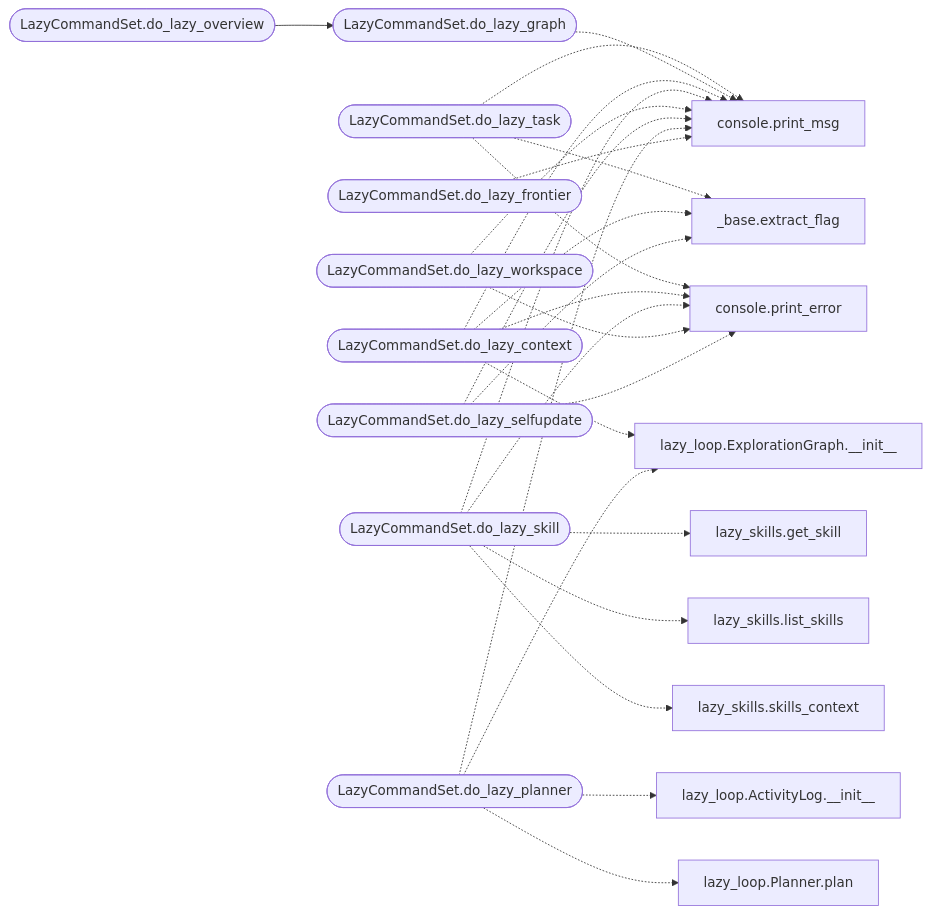
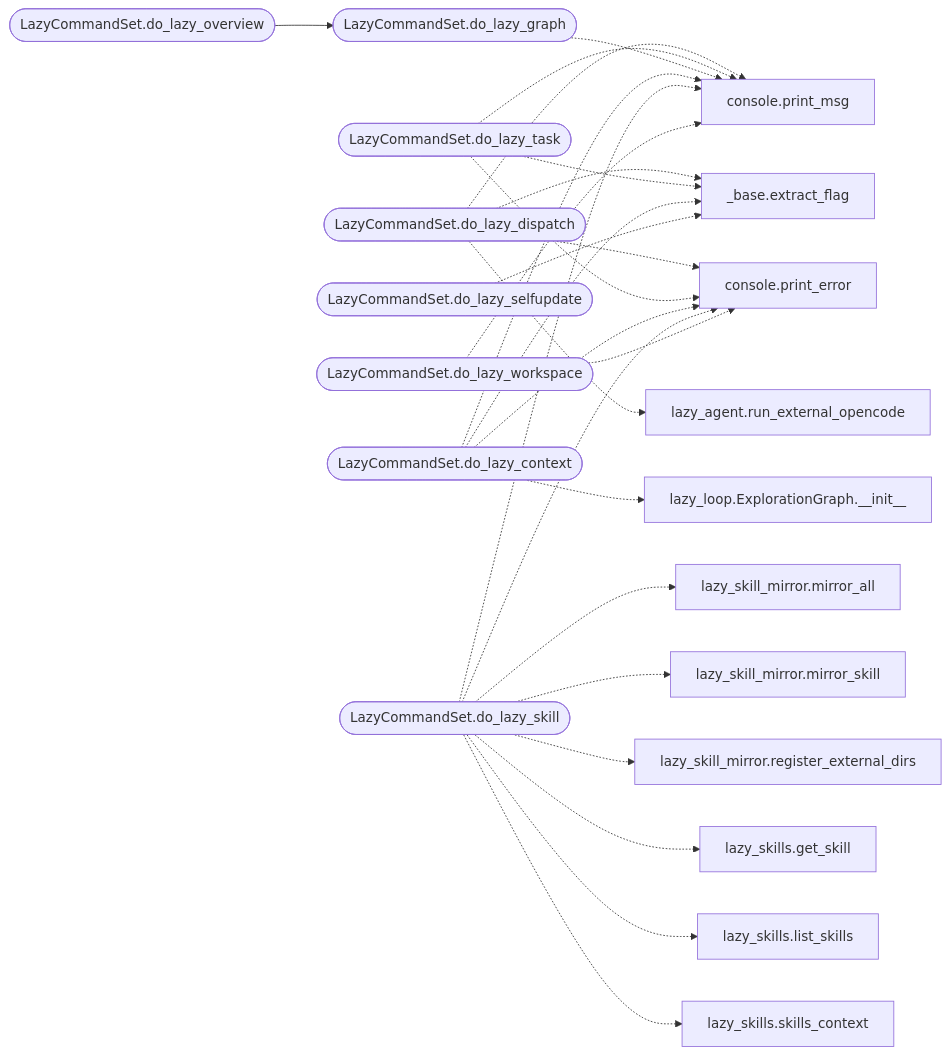
One commit to grisuno/LazyOwn changed the second of 2 diagrams in readmenator-apidocs/modules/cli.commands.lazyops.py.md. Above: the diagram before and after it, drawn with Mermaid. The commit also changed other lines of this file and 325 other files, not shown here.

````diff
--- a/readmenator-apidocs/modules/cli.commands.lazyops.py.md
+++ b/readmenator-apidocs/modules/cli.commands.lazyops.py.md
@@ -61,45 +61,46 @@
 ```mermaid
 flowchart LR
     n_cli_commands_lazyops_py__LazyCommandSet_do_lazy_overview(["LazyCommandSet.do_lazy_overview"])
     n_cli_commands_lazyops_py__LazyCommandSet_do_lazy_graph(["LazyCommandSet.do_lazy_graph"])
-    n_cli_commands_lazyops_py__LazyCommandSet_do_lazy_task(["LazyCommandSet.do_lazy_task"])
+    n_cli_commands_lazyops_py__LazyCommandSet_do_lazy_dispatch(["LazyCommandSet.do_lazy_dispatch"])
     n_cli_commands__base_py__extract_flag["_base.extract_flag"]
     n_core_console_py__print_error["console.print_error"]
     n_core_console_py__print_msg["console.print_msg"]
+    n_modules_lazy_agent_py__run_external_opencode["lazy_agent.run_external_opencode"]
+    n_cli_commands_lazyops_py__LazyCommandSet_do_lazy_task(["LazyCommandSet.do_lazy_task"])
     n_cli_commands_lazyops_py__LazyCommandSet_do_lazy_context(["LazyCommandSet.do_lazy_context"])
     n_modules_lazy_loop_py__ExplorationGraph___init__["lazy_loop.ExplorationGraph.__init__"]
     n_cli_commands_lazyops_py__LazyCommandSet_do_lazy_skill(["LazyCommandSet.do_lazy_skill"])
+    n_modules_lazy_skill_mirror_py__mirror_all["lazy_skill_mirror.mirror_all"]
+    n_modules_lazy_skill_mirror_py__mirror_skill["lazy_skill_mirror.mirror_skill"]
+    n_modules_lazy_skill_mirror_py__register_external_dirs["lazy_skill_mirror.register_external_dirs"]
     n_modules_lazy_skills_py__get_skill["lazy_skills.get_skill"]
     n_modules_lazy_skills_py__list_skills["lazy_skills.list_skills"]
     n_modules_lazy_skills_py__skills_context["lazy_skills.skills_context"]
     n_cli_commands_lazyops_py__LazyCommandSet_do_lazy_workspace(["LazyCommandSet.do_lazy_workspace"])
     n_cli_commands_lazyops_py__LazyCommandSet_do_lazy_selfupdate(["LazyCommandSet.do_lazy_selfupdate"])
-    n_cli_commands_lazyops_py__LazyCommandSet_do_lazy_planner(["LazyCommandSet.do_lazy_planner"])
-    n_modules_lazy_loop_py__ActivityLog___init__["lazy_loop.ActivityLog.__init__"]
-    n_modules_lazy_loop_py__Planner_plan["lazy_loop.Planner.plan"]
-    n_cli_commands_lazyops_py__LazyCommandSet_do_lazy_frontier(["LazyCommandSet.do_lazy_frontier"])
     n_cli_commands_lazyops_py__LazyCommandSet_do_lazy_overview --> n_cli_commands_lazyops_py__LazyCommandSet_do_lazy_graph
+    n_cli_commands_lazyops_py__LazyCommandSet_do_lazy_dispatch -.-> n_cli_commands__base_py__extract_flag
+    n_cli_commands_lazyops_py__LazyCommandSet_do_lazy_dispatch -.-> n_core_console_py__print_error
+    n_cli_commands_lazyops_py__LazyCommandSet_do_lazy_dispatch -.-> n_core_console_py__print_msg
+    n_cli_commands_lazyops_py__LazyCommandSet_do_lazy_dispatch -.-> n_modules_lazy_agent_py__run_external_opencode
     n_cli_commands_lazyops_py__LazyCommandSet_do_lazy_task -.-> n_cli_commands__base_py__extract_flag
     n_cli_commands_lazyops_py__LazyCommandSet_do_lazy_task -.-> n_core_console_py__print_error
     n_cli_commands_lazyops_py__LazyCommandSet_do_lazy_task -.-> n_core_console_py__print_msg
     n_cli_commands_lazyops_py__LazyCommandSet_do_lazy_graph -.-> n_core_console_py__print_msg
     n_cli_commands_lazyops_py__LazyCommandSet_do_lazy_context -.-> n_cli_commands__base_py__extract_flag
     n_cli_commands_lazyops_py__LazyCommandSet_do_lazy_context -.-> n_core_console_py__print_error
     n_cli_commands_lazyops_py__LazyCommandSet_do_lazy_context -.-> n_core_console_py__print_msg
     n_cli_commands_lazyops_py__LazyCommandSet_do_lazy_context -.-> n_modules_lazy_loop_py__ExplorationGraph___init__
     n_cli_commands_lazyops_py__LazyCommandSet_do_lazy_skill -.-> n_core_console_py__print_error
     n_cli_commands_lazyops_py__LazyCommandSet_do_lazy_skill -.-> n_core_console_py__print_msg
+    n_cli_commands_lazyops_py__LazyCommandSet_do_lazy_skill -.-> n_modules_lazy_skill_mirror_py__mirror_all
+    n_cli_commands_lazyops_py__LazyCommandSet_do_lazy_skill -.-> n_modules_lazy_skill_mirror_py__mirror_skill
+    n_cli_commands_lazyops_py__LazyCommandSet_do_lazy_skill -.-> n_modules_lazy_skill_mirror_py__register_external_dirs
     n_cli_commands_lazyops_py__LazyCommandSet_do_lazy_skill -.-> n_modules_lazy_skills_py__get_skill
     n_cli_commands_lazyops_py__LazyCommandSet_do_lazy_skill -.-> n_modules_lazy_skills_py__list_skills
     n_cli_commands_lazyops_py__LazyCommandSet_do_lazy_skill -.-> n_modules_lazy_skills_py__skills_context
     n_cli_commands_lazyops_py__LazyCommandSet_do_lazy_workspace -.-> n_core_console_py__print_error
     n_cli_commands_lazyops_py__LazyCommandSet_do_lazy_workspace -.-> n_core_console_py__print_msg
     n_cli_commands_lazyops_py__LazyCommandSet_do_lazy_selfupdate -.-> n_cli_commands__base_py__extract_flag
-    n_cli_commands_lazyops_py__LazyCommandSet_do_lazy_selfupdate -.-> n_core_console_py__print_error
-    n_cli_commands_lazyops_py__LazyCommandSet_do_lazy_selfupdate -.-> n_core_console_py__print_msg
-    n_cli_commands_lazyops_py__LazyCommandSet_do_lazy_planner -.-> n_core_console_py__print_msg
-    n_cli_commands_lazyops_py__LazyCommandSet_do_lazy_planner -.-> n_modules_lazy_loop_py__ActivityLog___init__
-    n_cli_commands_lazyops_py__LazyCommandSet_do_lazy_planner -.-> n_modules_lazy_loop_py__ExplorationGraph___init__
-    n_cli_commands_lazyops_py__LazyCommandSet_do_lazy_planner -.-> n_modules_lazy_loop_py__Planner_plan
-    n_cli_commands_lazyops_py__LazyCommandSet_do_lazy_frontier -.-> n_core_console_py__print_msg
 ```
````
